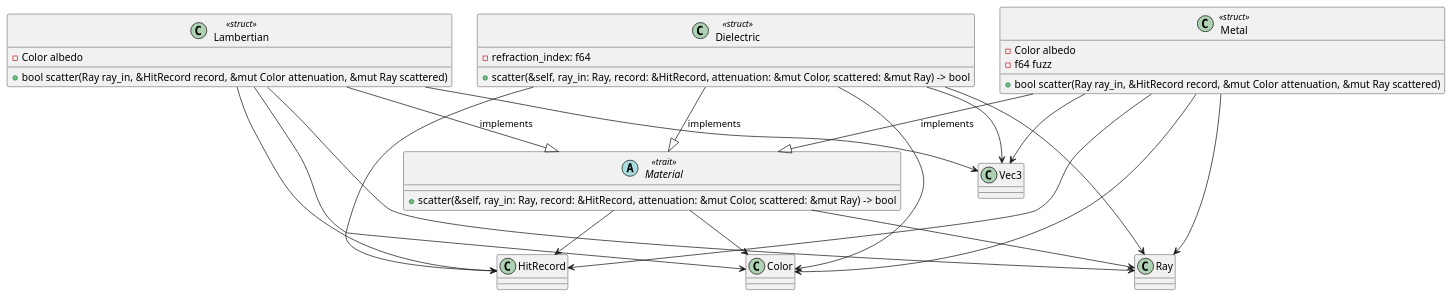
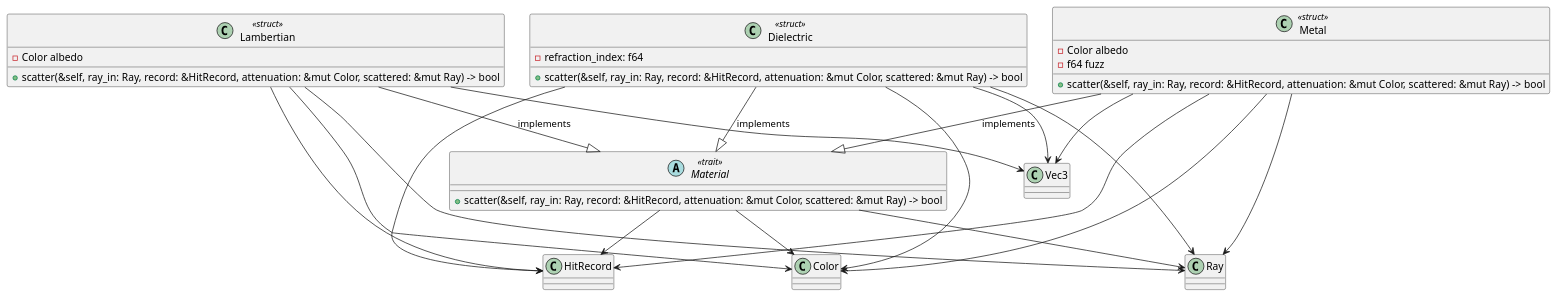
Before and after one commit to thomasvanlankveld/ray-tracing: the diagram in docs/diagrams/complete/materials.puml, drawn with PlantUML. The commit also changed 6 other files, not shown here.

Commit message:
docs: add simplified uml diagrams

```diff
--- a/docs/diagrams/complete/materials.puml
+++ b/docs/diagrams/complete/materials.puml
@@ -1,45 +1,45 @@
 @startuml materials
 
 abstract class Material << trait >> {
     + scatter(&self, ray_in: Ray, record: &HitRecord, attenuation: &mut Color, scattered: &mut Ray) -> bool
 }
 
 Material --> Color
 Material --> HitRecord
 Material --> Ray
 
 class Dielectric << struct >> {
     - refraction_index: f64
     + scatter(&self, ray_in: Ray, record: &HitRecord, attenuation: &mut Color, scattered: &mut Ray) -> bool
 }
 
 Dielectric --|> Material : implements
 Dielectric --> Color
 Dielectric --> HitRecord
 Dielectric --> Ray
 Dielectric --> Vec3
 
 class Lambertian << struct >> {
     - Color albedo
-    + bool scatter(Ray ray_in, &HitRecord record, &mut Color attenuation, &mut Ray scattered)
+    + scatter(&self, ray_in: Ray, record: &HitRecord, attenuation: &mut Color, scattered: &mut Ray) -> bool
 }
 
 Lambertian --|> Material : implements
 Lambertian --> Color
 Lambertian --> HitRecord
 Lambertian --> Ray
 Lambertian --> Vec3
 
 class Metal << struct >> {
     - Color albedo
     - f64 fuzz
-    + bool scatter(Ray ray_in, &HitRecord record, &mut Color attenuation, &mut Ray scattered)
+    + scatter(&self, ray_in: Ray, record: &HitRecord, attenuation: &mut Color, scattered: &mut Ray) -> bool
 }
 
 Metal --|> Material : implements
 Metal --> Color
 Metal --> HitRecord
 Metal --> Ray
 Metal --> Vec3
 
 @enduml
```
